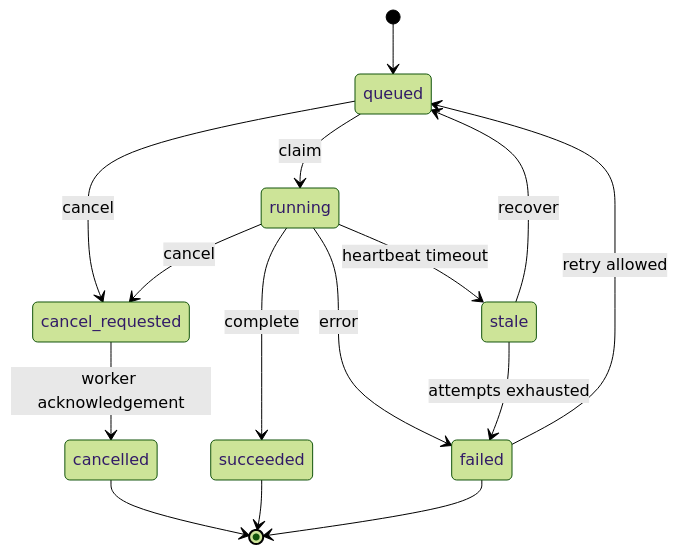
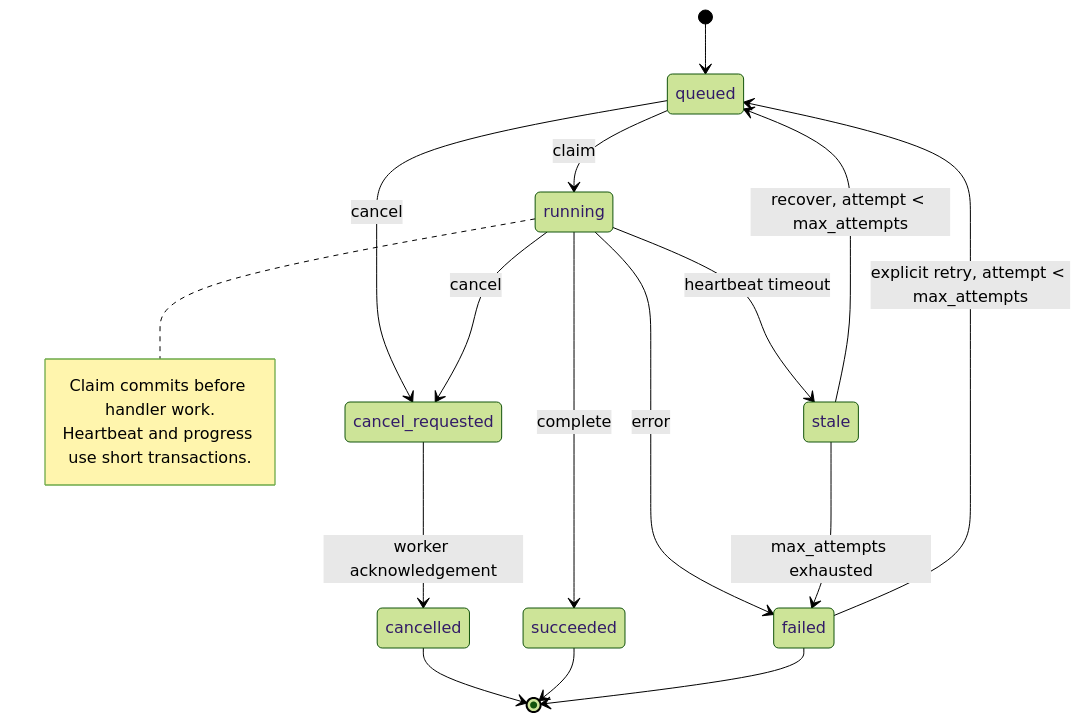
One commit to sashkotenk/energy-consumption-forecasting-system changed the diagram in docs/diagrams/11-job-state.mmd. Above: the diagram before and after it, drawn with Mermaid (forest theme). The commit also changed 31 other files, not shown here.

```diff
--- a/docs/diagrams/11-job-state.mmd
+++ b/docs/diagrams/11-job-state.mmd
@@ -1,15 +1,20 @@
 stateDiagram-v2
     [*] --> queued
     queued --> running: claim
     queued --> cancel_requested: cancel
     cancel_requested --> cancelled: worker acknowledgement
     running --> cancel_requested: cancel
     running --> succeeded: complete
     running --> failed: error
     running --> stale: heartbeat timeout
-    failed --> queued: retry allowed
-    stale --> queued: recover
-    stale --> failed: attempts exhausted
+    failed --> queued: explicit retry, attempt < max_attempts
+    stale --> queued: recover, attempt < max_attempts
+    stale --> failed: max_attempts exhausted
     cancelled --> [*]
     succeeded --> [*]
     failed --> [*]
+
+    note right of running
+        Claim commits before handler work.
+        Heartbeat and progress use short transactions.
+    end note
```
